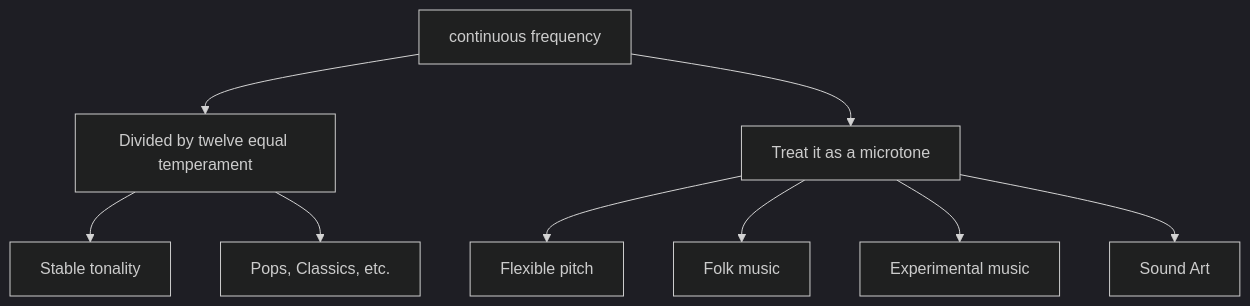
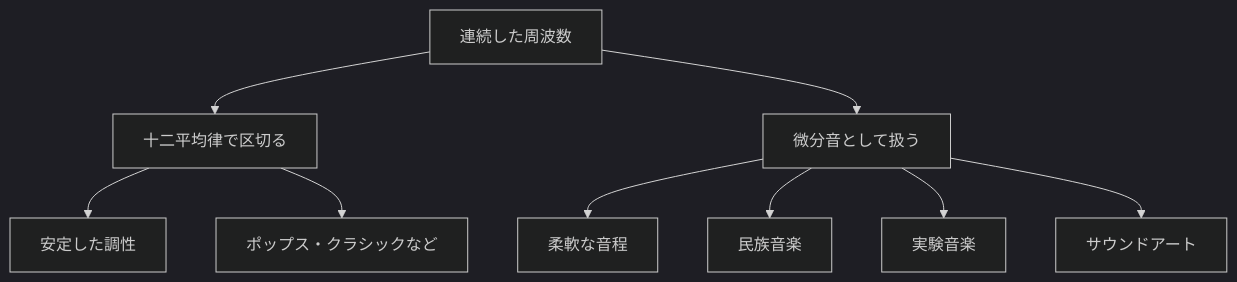
The third of 3 diagrams in en/_posts/2026-07-11-column-microtonality-as-emotional-disruption.md (monumental-movement/monumental-movement.github.io), drawn with Mermaid (dark theme) before and after one commit. The commit also changed other lines of this file and 2196 other files, not shown here.

```diff
--- a/en/_posts/2026-07-11-column-microtonality-as-emotional-disruption.md
+++ b/en/_posts/2026-07-11-column-microtonality-as-emotional-disruption.md
@@ -685,14 +684,14 @@
 <div class="mermaid">
 flowchart TD
 
-A["continuous frequency"] --> B["Divided by twelve equal temperament"]
-A --> C["Treat it as a microtone"]
+A["連続した周波数"] --> B["十二平均律で区切る"]
+A --> C["微分音として扱う"]
 
-B --> D["Stable tonality"]
-B --> E["Pops, Classics, etc."]
+B --> D["安定した調性"]
+B --> E["ポップス・クラシックなど"]
 
-C --> F["Flexible pitch"]
-C --> G["Folk music"]
-C --> H["Experimental music"]
-C --> I["Sound Art"]
+C --> F["柔軟な音程"]
+C --> G["民族音楽"]
+C --> H["実験音楽"]
+C --> I["サウンドアート"]
 </div>
```
